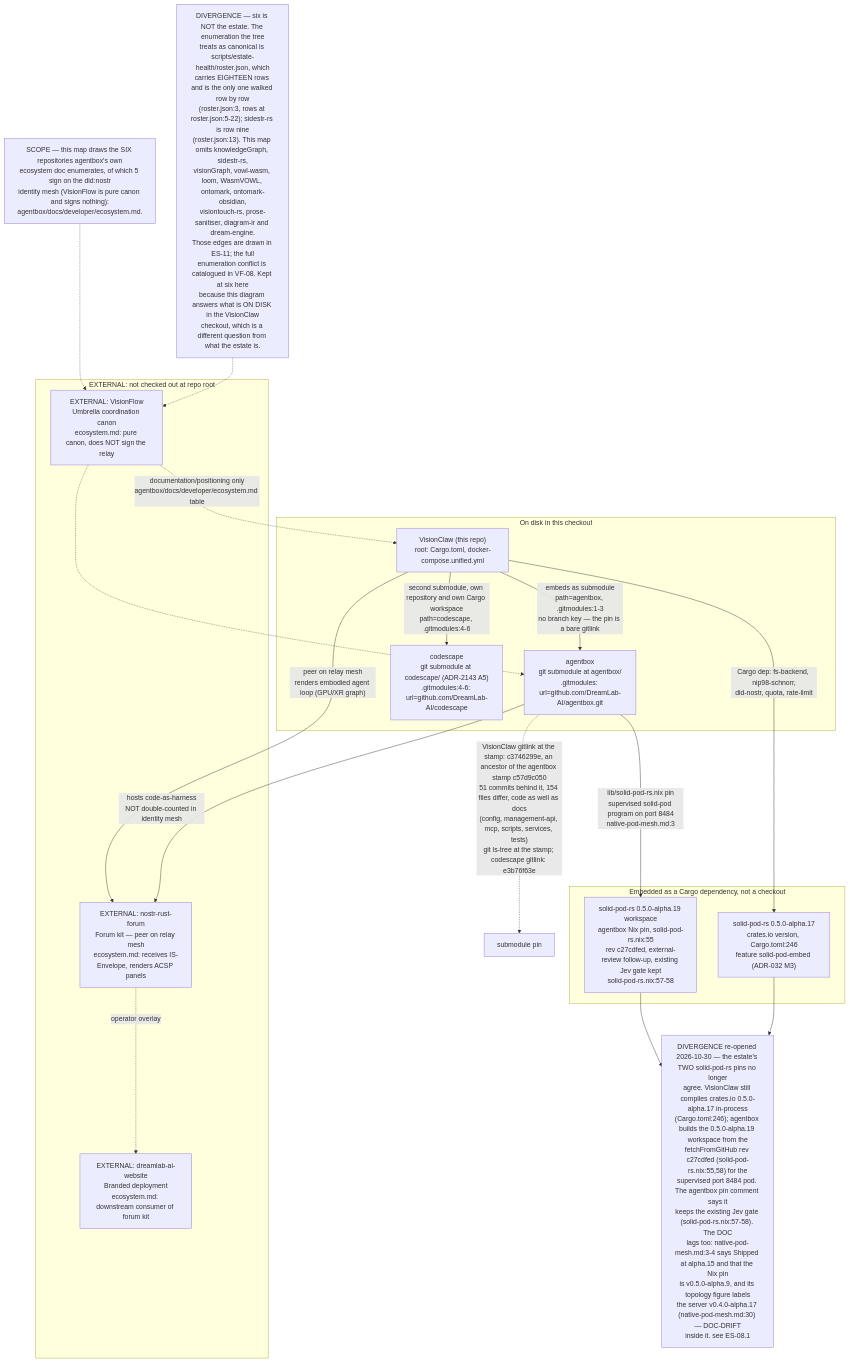
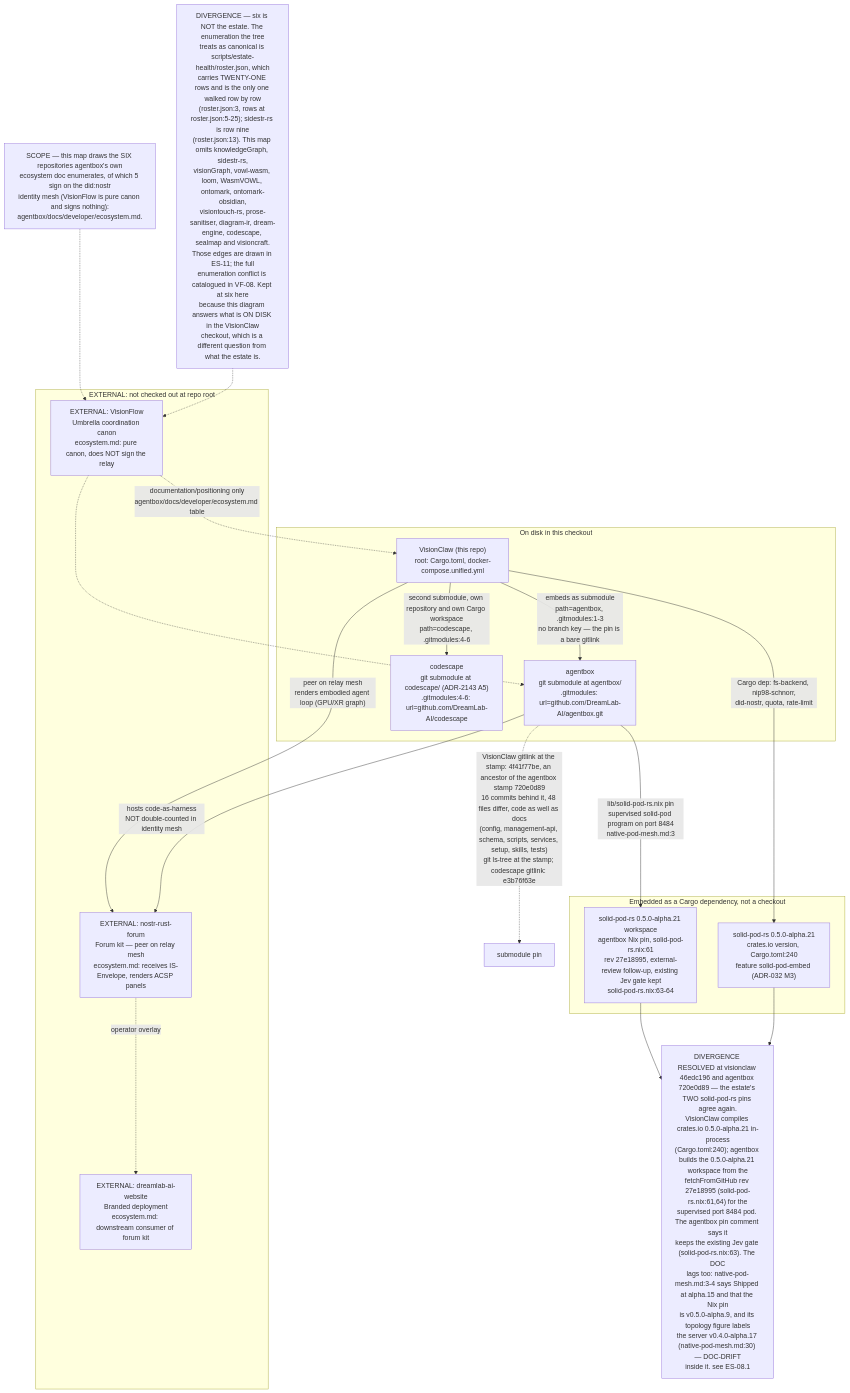
Before and after one commit to DreamLab-AI/VisionFlow: the first of 8 diagrams in docs/diagrams/estate/01-estate-topology.md, drawn with Mermaid. The commit also changed other lines of this file and 49 other files, not shown here.

First line of the commit message:
docs(diagrams): re-derive and re-stamp VisionClaw, estate, knowledge-graph, visionGraph, VisionFlow and sidestr topics

````diff
--- a/docs/diagrams/estate/01-estate-topology.md
+++ b/docs/diagrams/estate/01-estate-topology.md
@@ -63,38 +63,38 @@
 ```mermaid
 flowchart TB
     subgraph ONDISK["On disk in this checkout"]
         VC["VisionClaw (this repo)<br/>root: Cargo.toml, docker-compose.unified.yml"]
         AB["agentbox<br/>git submodule at agentbox/<br/>.gitmodules: url=github.com/DreamLab-AI/agentbox.git"]
         CS["codescape<br/>git submodule at codescape/ (ADR-2143 A5)<br/>.gitmodules:4-6: url=github.com/DreamLab-AI/codescape"]
     end
     VC -->|"embeds as submodule<br/>path=agentbox, .gitmodules:1-3<br/>no branch key — the pin is a bare gitlink"| AB
     VC -->|"second submodule, own repository and own Cargo workspace<br/>path=codescape, .gitmodules:4-6"| CS
-    AB -.->|"VisionClaw gitlink at the stamp: c3746299e, an ancestor of the agentbox stamp c57d9c050<br/>51 commits behind it, 154 files differ, code as well as docs<br/>(config, management-api, mcp, scripts, services, tests)<br/>git ls-tree at the stamp; codescape gitlink: e3b76f63e"| ABPIN["submodule pin"]
+    AB -.->|"VisionClaw gitlink at the stamp: 4f41f77be, an ancestor of the agentbox stamp 720e0d89<br/>16 commits behind it, 48 files differ, code as well as docs<br/>(config, management-api, schema, scripts, services, setup, skills, tests)<br/>git ls-tree at the stamp; codescape gitlink: e3b76f63e"| ABPIN["submodule pin"]
 
     subgraph CRATE["Embedded as a Cargo dependency, not a checkout"]
-        SPR["solid-pod-rs 0.5.0-alpha.17<br/>crates.io version, Cargo.toml:246<br/>feature solid-pod-embed (ADR-032 M3)"]
-        SPRN["solid-pod-rs 0.5.0-alpha.19 workspace<br/>agentbox Nix pin, solid-pod-rs.nix:55<br/>rev c27cdfed, external-review follow-up, existing Jev gate kept<br/>solid-pod-rs.nix:57-58"]
+        SPR["solid-pod-rs 0.5.0-alpha.21<br/>crates.io version, Cargo.toml:240<br/>feature solid-pod-embed (ADR-032 M3)"]
+        SPRN["solid-pod-rs 0.5.0-alpha.21 workspace<br/>agentbox Nix pin, solid-pod-rs.nix:61<br/>rev 27e18995, external-review follow-up, existing Jev gate kept<br/>solid-pod-rs.nix:63-64"]
     end
     VC -->|"Cargo dep: fs-backend, nip98-schnorr,<br/>did-nostr, quota, rate-limit"| SPR
     AB -->|"lib/solid-pod-rs.nix pin<br/>supervised solid-pod program on port 8484<br/>native-pod-mesh.md:3"| SPRN
 
-    DIVSP["DIVERGENCE re-opened 2026-10-30 — the estate's TWO solid-pod-rs pins no longer<br/>agree. VisionClaw still compiles crates.io 0.5.0-alpha.17 in-process<br/>(Cargo.toml:246); agentbox builds the 0.5.0-alpha.19 workspace from the<br/>fetchFromGitHub rev c27cdfed (solid-pod-rs.nix:55,58) for the<br/>supervised port 8484 pod. The agentbox pin comment says it<br/>keeps the existing Jev gate (solid-pod-rs.nix:57-58). The DOC<br/>lags too: native-pod-mesh.md:3-4 says Shipped at alpha.15 and that the Nix pin<br/>is v0.5.0-alpha.9, and its topology figure labels<br/>the server v0.4.0-alpha.17 (native-pod-mesh.md:30) — DOC-DRIFT<br/>inside it. see ES-08.1"]
+    DIVSP["DIVERGENCE RESOLVED at visionclaw 46edc196 and agentbox 720e0d89 — the estate's TWO solid-pod-rs pins agree again.<br/>VisionClaw compiles crates.io 0.5.0-alpha.21 in-process<br/>(Cargo.toml:240); agentbox builds the 0.5.0-alpha.21 workspace from the<br/>fetchFromGitHub rev 27e18995 (solid-pod-rs.nix:61,64) for the<br/>supervised port 8484 pod. The agentbox pin comment says it<br/>keeps the existing Jev gate (solid-pod-rs.nix:63). The DOC<br/>lags too: native-pod-mesh.md:3-4 says Shipped at alpha.15 and that the Nix pin<br/>is v0.5.0-alpha.9, and its topology figure labels<br/>the server v0.4.0-alpha.17 (native-pod-mesh.md:30) — DOC-DRIFT<br/>inside it. see ES-08.1"]
     SPRN --> DIVSP
     SPR --> DIVSP
 
     subgraph EXTERNAL1["EXTERNAL: not checked out at repo root"]
         VF["EXTERNAL: VisionFlow<br/>Umbrella coordination canon<br/>ecosystem.md: pure canon, does NOT sign the relay"]
         NRF["EXTERNAL: nostr-rust-forum<br/>Forum kit — peer on relay mesh<br/>ecosystem.md: receives IS-Envelope, renders ACSP panels"]
         DAW["EXTERNAL: dreamlab-ai-website<br/>Branded deployment<br/>ecosystem.md: downstream consumer of forum kit"]
     end
     VC -->|"peer on relay mesh<br/>renders embodied agent loop (GPU/XR graph)"| NRF
     AB -->|"hosts code-as-harness<br/>NOT double-counted in identity mesh"| NRF
     NRF -.->|"operator overlay"| DAW
     VF -.->|"documentation/positioning only<br/>agentbox/docs/developer/ecosystem.md table"| VC
     VF -.-> AB
 
     NOTE1["SCOPE — this map draws the SIX repositories agentbox's own<br/>ecosystem doc enumerates, of which 5 sign on the did:nostr<br/>identity mesh (VisionFlow is pure canon and signs nothing):<br/>agentbox/docs/developer/ecosystem.md."]
-    NOTE2["DIVERGENCE — six is NOT the estate. The enumeration the tree<br/>treats as canonical is scripts/estate-health/roster.json, which<br/>carries EIGHTEEN rows and is the only one walked row by row<br/>(roster.json:3, rows at roster.json:5-22); sidestr-rs is row nine<br/>(roster.json:13). This map omits knowledgeGraph, sidestr-rs,<br/>visionGraph, vowl-wasm, loom, WasmVOWL, ontomark, ontomark-obsidian,<br/>visiontouch-rs, prose-sanitiser, diagram-ir and dream-engine.<br/>Those edges are drawn in ES-11; the full<br/>enumeration conflict is catalogued in VF-08. Kept at six here<br/>because this diagram answers what is ON DISK in the VisionClaw<br/>checkout, which is a different question from what the estate is."]
+    NOTE2["DIVERGENCE — six is NOT the estate. The enumeration the tree<br/>treats as canonical is scripts/estate-health/roster.json, which<br/>carries TWENTY-ONE rows and is the only one walked row by row<br/>(roster.json:3, rows at roster.json:5-25); sidestr-rs is row nine<br/>(roster.json:13). This map omits knowledgeGraph, sidestr-rs,<br/>visionGraph, vowl-wasm, loom, WasmVOWL, ontomark, ontomark-obsidian,<br/>visiontouch-rs, prose-sanitiser, diagram-ir, dream-engine, codescape, sealmap and visioncraft.<br/>Those edges are drawn in ES-11; the full<br/>enumeration conflict is catalogued in VF-08. Kept at six here<br/>because this diagram answers what is ON DISK in the VisionClaw<br/>checkout, which is a different question from what the estate is."]
     NOTE1 -.-> VF
     NOTE2 -.-> VF
 ```
````
